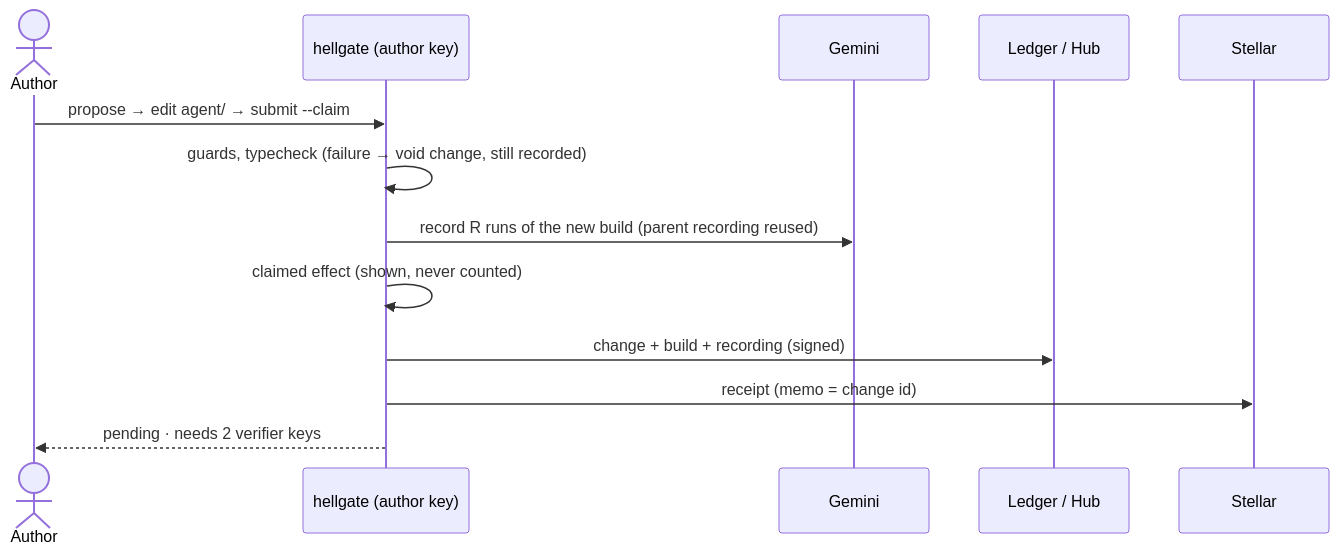
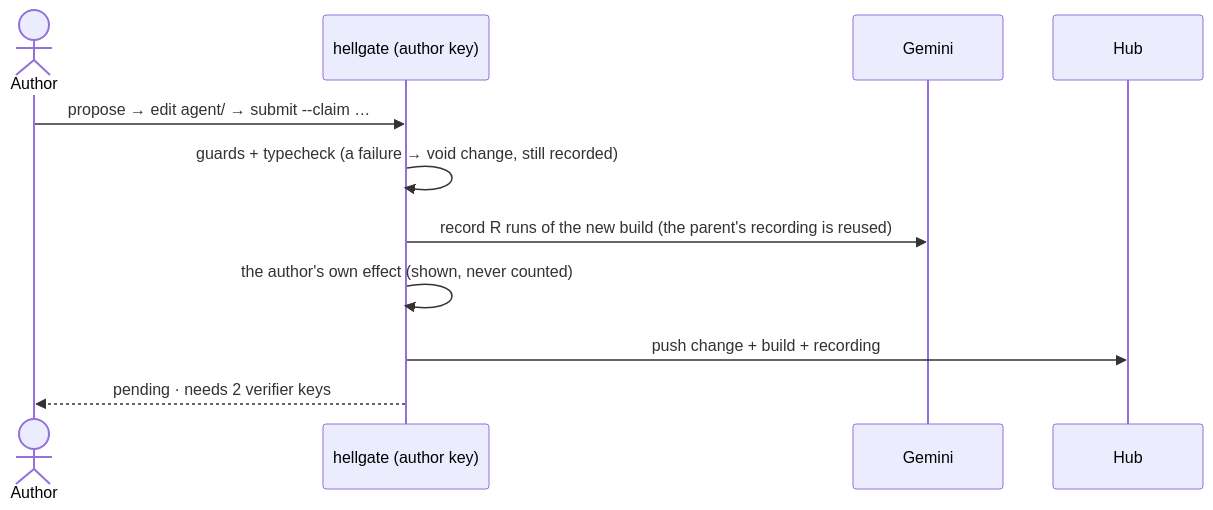
One commit to Kai-972/Hellgate changed the fourth of 5 diagrams in docs/ARCHITECTURE.md. Above: the diagram before and after it, drawn with Mermaid. The commit also changed other lines of this file and 10 other files, not shown here.

````diff
--- a/docs/ARCHITECTURE.md
+++ b/docs/ARCHITECTURE.md
@@ -414,15 +369,13 @@
 ```mermaid
 sequenceDiagram
   actor Dev as Author
   participant CLI as hellgate (author key)
   participant G as Gemini
-  participant L as Ledger / Hub
-  participant S as Stellar
-  Dev->>CLI: propose → edit agent/ → submit --claim
-  CLI->>CLI: guards, typecheck (failure → void change, still recorded)
-  CLI->>G: record R runs of the new build (parent recording reused)
-  CLI->>CLI: claimed effect (shown, never counted)
-  CLI->>L: change + build + recording (signed)
-  CLI->>S: receipt (memo = change id)
+  participant H as Hub
+  Dev->>CLI: propose → edit agent/ → submit --claim …
+  CLI->>CLI: guards + typecheck (a failure → void change, still recorded)
+  CLI->>G: record R runs of the new build (the parent's recording is reused)
+  CLI->>CLI: the author's own effect (shown, never counted)
+  CLI->>H: push change + build + recording
   CLI-->>Dev: pending · needs 2 verifier keys
 ```
````
